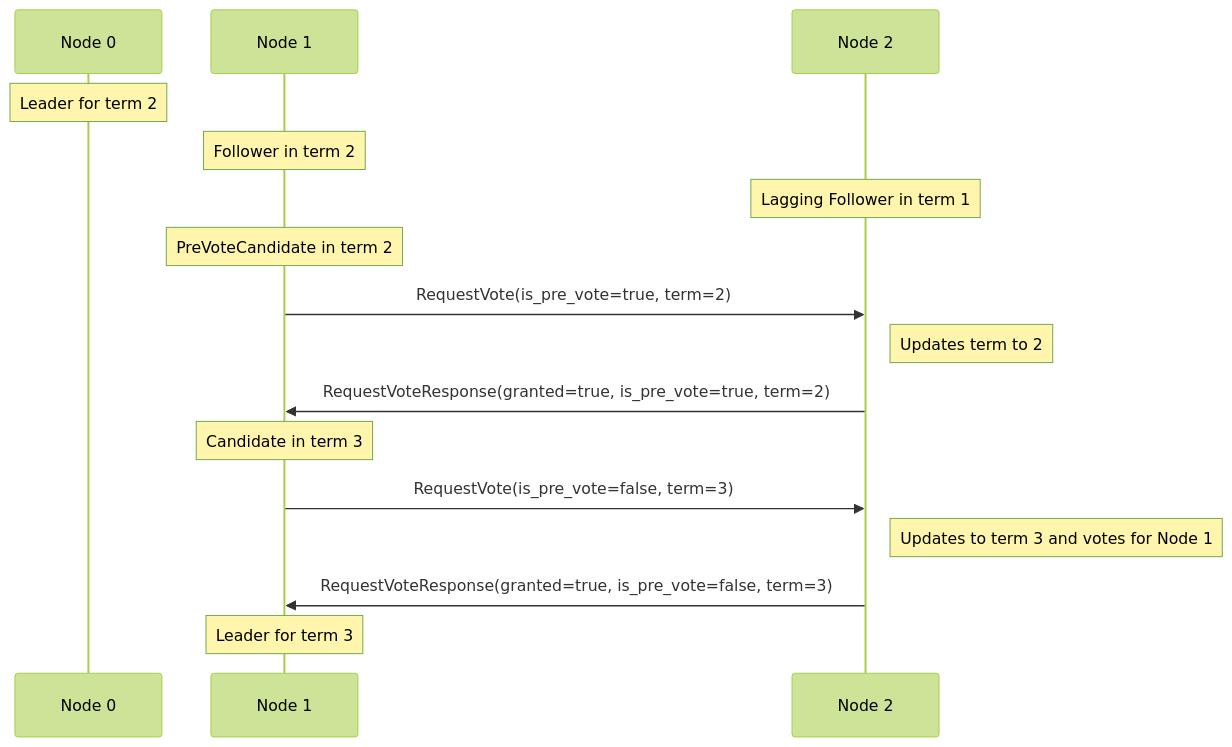
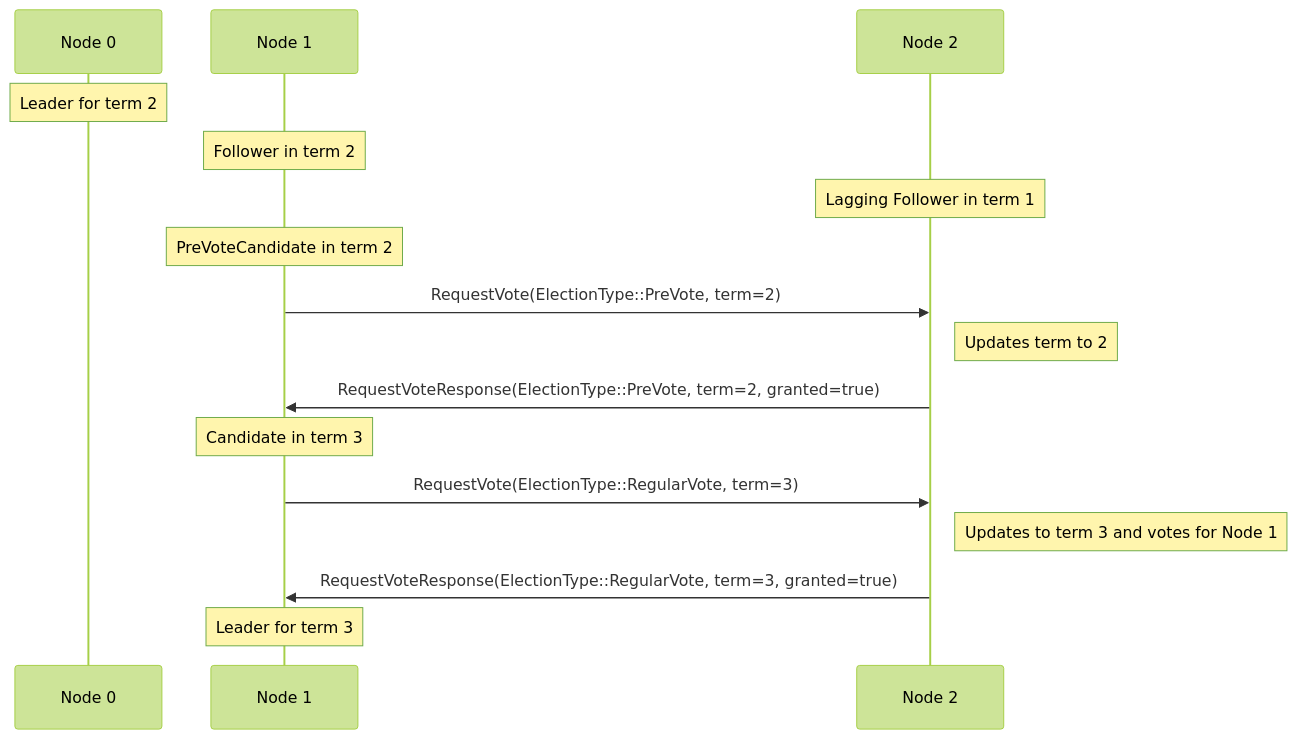
One commit to microsoft/CCF changed the seventh of 7 diagrams in doc/architecture/consensus/index.rst. Above: the diagram before and after it, drawn with Mermaid (forest theme). The commit also changed other lines of this file and 4 other files, not shown here.

```diff
--- a/doc/architecture/consensus/index.rst
+++ b/doc/architecture/consensus/index.rst
@@ -250,24 +250,24 @@
 .. mermaid::
 
     sequenceDiagram
         participant Node 0
         participant Node 1
         participant Node 2
 
         Note over Node 0: Leader for term 2
         Note over Node 1: Follower in term 2
         Note over Node 2: Lagging Follower in term 1
 
         Note over Node 1: PreVoteCandidate in term 2
-        Node 1 ->> Node 2: RequestVote(is_pre_vote=true, term=2)
+        Node 1 ->> Node 2: RequestVote(ElectionType::PreVote, term=2)
 
         Note right of Node 2: Updates term to 2
-        Node 2 ->> Node 1: RequestVoteResponse(granted=true, is_pre_vote=true, term=2)
+        Node 2 ->> Node 1: RequestVoteResponse(ElectionType::PreVote, term=2, granted=true)
 
         Note over Node 1: Candidate in term 3
-        Node 1 ->> Node 2: RequestVote(is_pre_vote=false, term=3) 
+        Node 1 ->> Node 2: RequestVote(ElectionType::RegularVote, term=3) 
 
         Note right of Node 2: Updates to term 3 and votes for Node 1
-        Node 2 ->> Node 1: RequestVoteResponse(granted=true, is_pre_vote=false, term=3)
+        Node 2 ->> Node 1: RequestVoteResponse(ElectionType::RegularVote, term=3, granted=true)
 
         Note over Node 1: Leader for term 3
```
